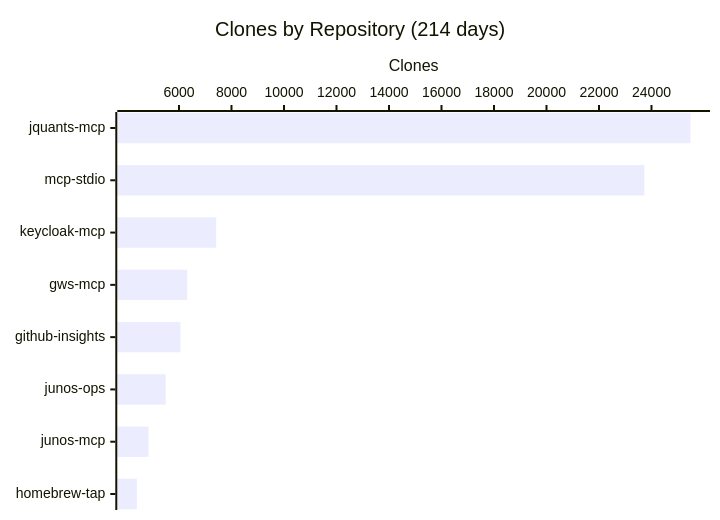
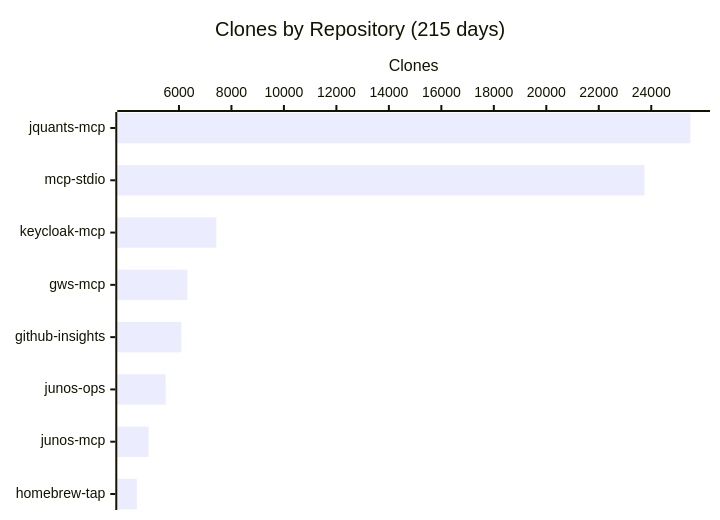
One commit to shigechika/github-insights changed the fourth of 4 diagrams in README.md. Above: the diagram before and after it, drawn with Mermaid. The commit also changed other lines of this file and 2 other files, not shown here.

````diff
--- a/README.md
+++ b/README.md
@@ -58,7 +58,7 @@
 ```mermaid
 xychart-beta horizontal
-    title "Clones by Repository (214 days)"
+    title "Clones by Repository (215 days)"
     x-axis ["jquants-mcp", "mcp-stdio", "keycloak-mcp", "gws-mcp", "github-insights", "junos-ops", "junos-mcp", "homebrew-tap"]
     y-axis "Clones"
-    bar [25483, 23729, 7417, 6316, 6055, 5493, 4840, 4395]
+    bar [25493, 23739, 7426, 6321, 6090, 5496, 4840, 4395]
 ```
````
